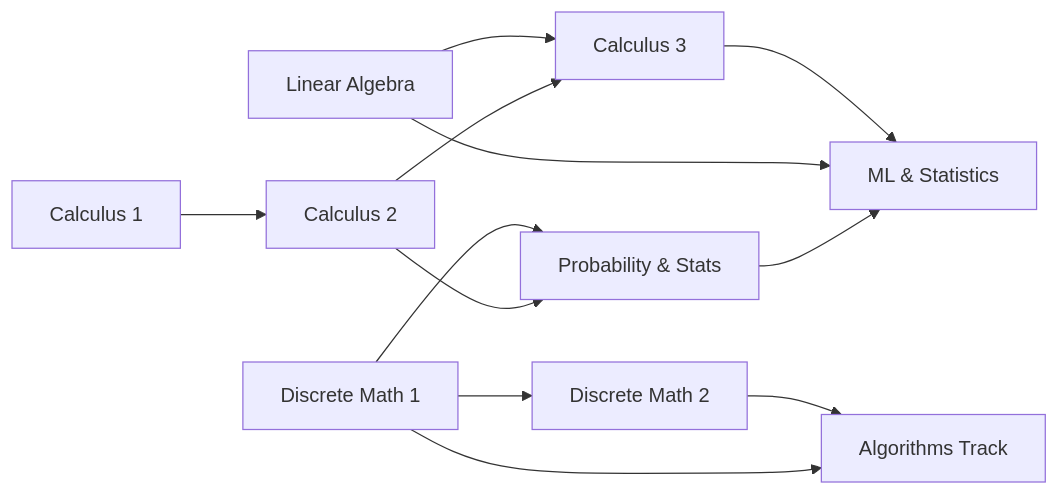
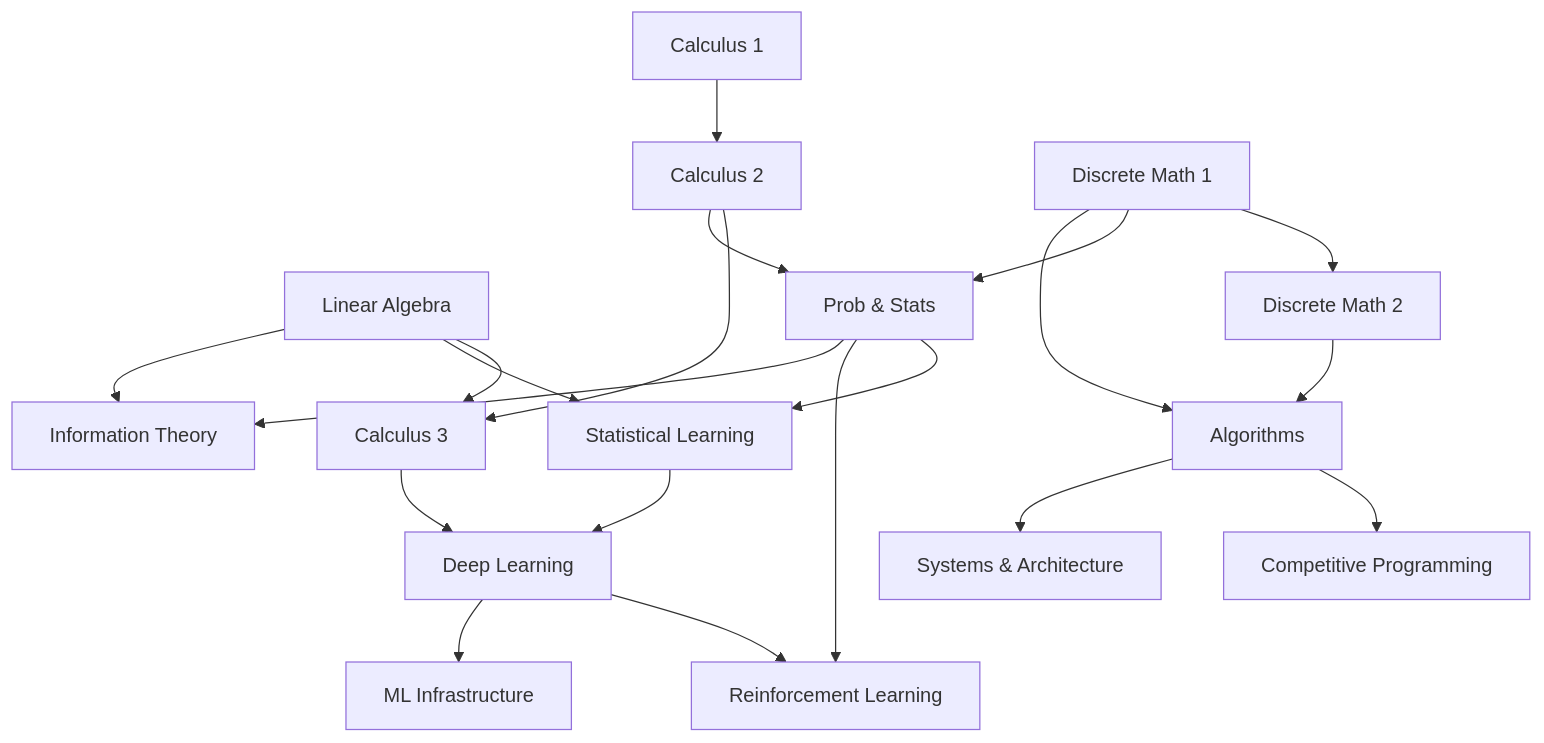
One commit to urmzd/supersource changed the diagram in README.md. Above: the diagram before and after it, drawn with Mermaid. The commit also changed other lines of this file and 4 other files, not shown here.

First line of the commit message:
docs(curriculum): expand with ML/AI, systems, competitive programming, and information theory tracks

````diff
--- a/README.md
+++ b/README.md
@@ -45,15 +67,26 @@
 ```mermaid
-graph LR
+graph TD
     C1[Calculus 1] --> C2[Calculus 2]
     C2 --> C3[Calculus 3]
     LA[Linear Algebra] --> C3
     D1[Discrete Math 1] --> D2[Discrete Math 2]
-    C2 --> PS[Probability & Stats]
+    C2 --> PS[Prob & Stats]
     D1 --> PS
 
-    D1 --> ALG[Algorithms Track]
+    D1 --> ALG[Algorithms]
     D2 --> ALG
-    PS --> ML[ML & Statistics]
-    LA --> ML
-    C3 --> ML
+    ALG --> CP[Competitive Programming]
+
+    PS --> SL[Statistical Learning]
+    LA --> SL
+    SL --> DL[Deep Learning]
+    C3 --> DL
+    DL --> RL[Reinforcement Learning]
+    PS --> RL
+
+    PS --> IT[Information Theory]
+    LA --> IT
+
+    ALG --> SYS[Systems & Architecture]
+    DL --> MLINF[ML Infrastructure]
 ```
````
